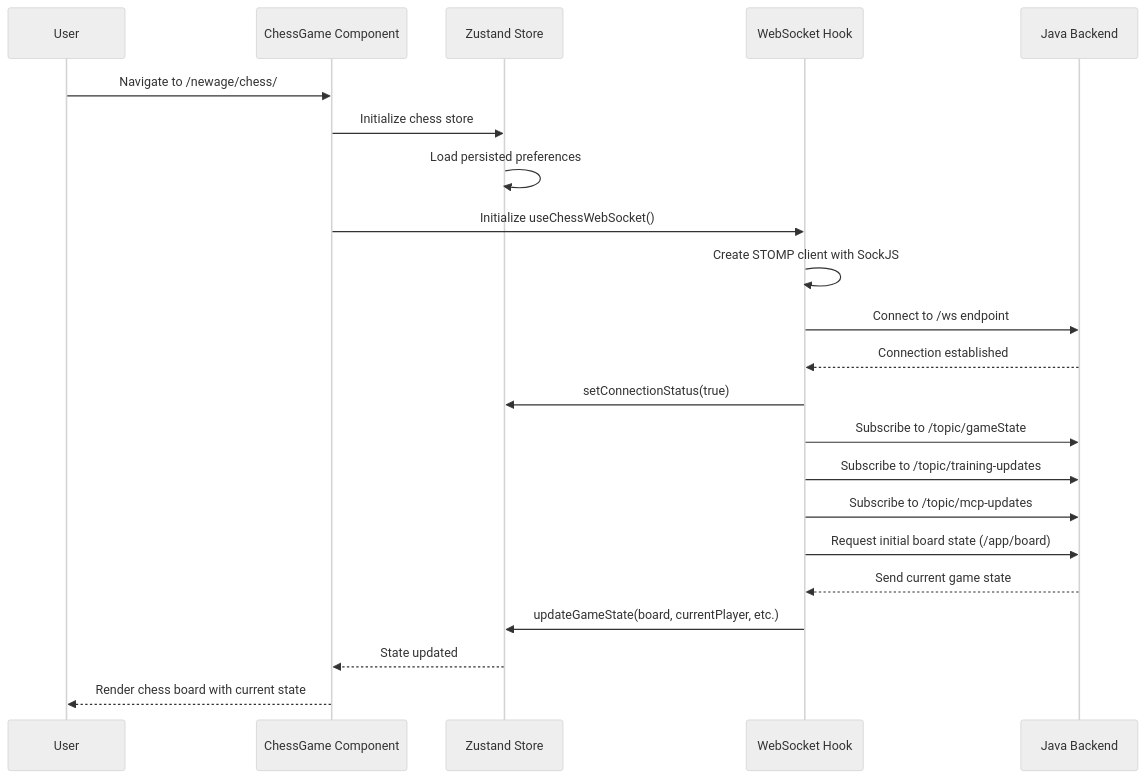
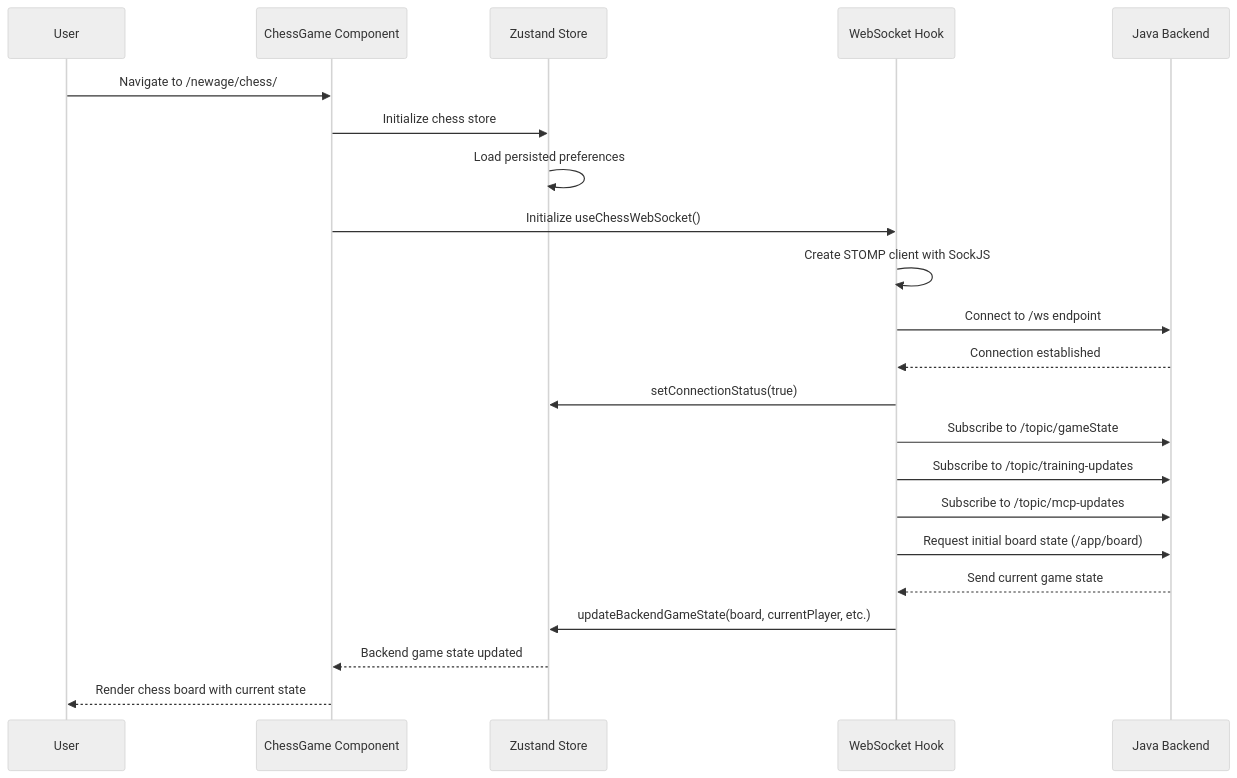
One commit to premkumardevadason/chess changed the first of 12 diagrams in docs/CURSOR_UI_SEQUENCE.md. Above: the diagram before and after it, drawn with Mermaid (neutral theme). The commit also changed other lines of this file, not shown here.

Commit message:
Update CURSOR_UI_SEQUENCE.md: Add stateless frontend architecture, invalid move handling, performance monitoring browser compatibility, and console logging removal documentation

````diff
--- a/docs/CURSOR_UI_SEQUENCE.md
+++ b/docs/CURSOR_UI_SEQUENCE.md
@@ -11,25 +30,25 @@
 ```mermaid
 sequenceDiagram
     participant User
     participant App as ChessGame Component
     participant Store as Zustand Store
     participant WS as WebSocket Hook
     participant Backend as Java Backend
 
     User->>App: Navigate to /newage/chess/
     App->>Store: Initialize chess store
     Store->>Store: Load persisted preferences
     App->>WS: Initialize useChessWebSocket()
     WS->>WS: Create STOMP client with SockJS
     WS->>Backend: Connect to /ws endpoint
     Backend-->>WS: Connection established
     WS->>Store: setConnectionStatus(true)
     WS->>Backend: Subscribe to /topic/gameState
     WS->>Backend: Subscribe to /topic/training-updates
     WS->>Backend: Subscribe to /topic/mcp-updates
     WS->>Backend: Request initial board state (/app/board)
     Backend-->>WS: Send current game state
-    WS->>Store: updateGameState(board, currentPlayer, etc.)
-    Store-->>App: State updated
+    WS->>Store: updateBackendGameState(board, currentPlayer, etc.)
+    Store-->>App: Backend game state updated
     App-->>User: Render chess board with current state
 ```
````
